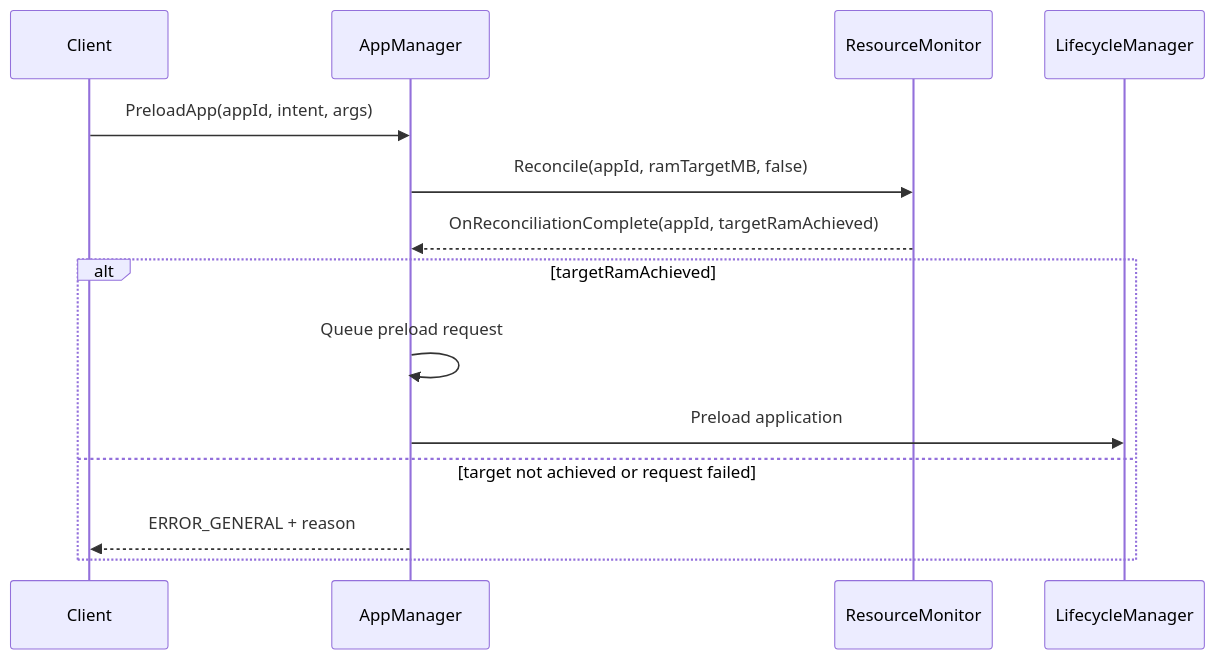
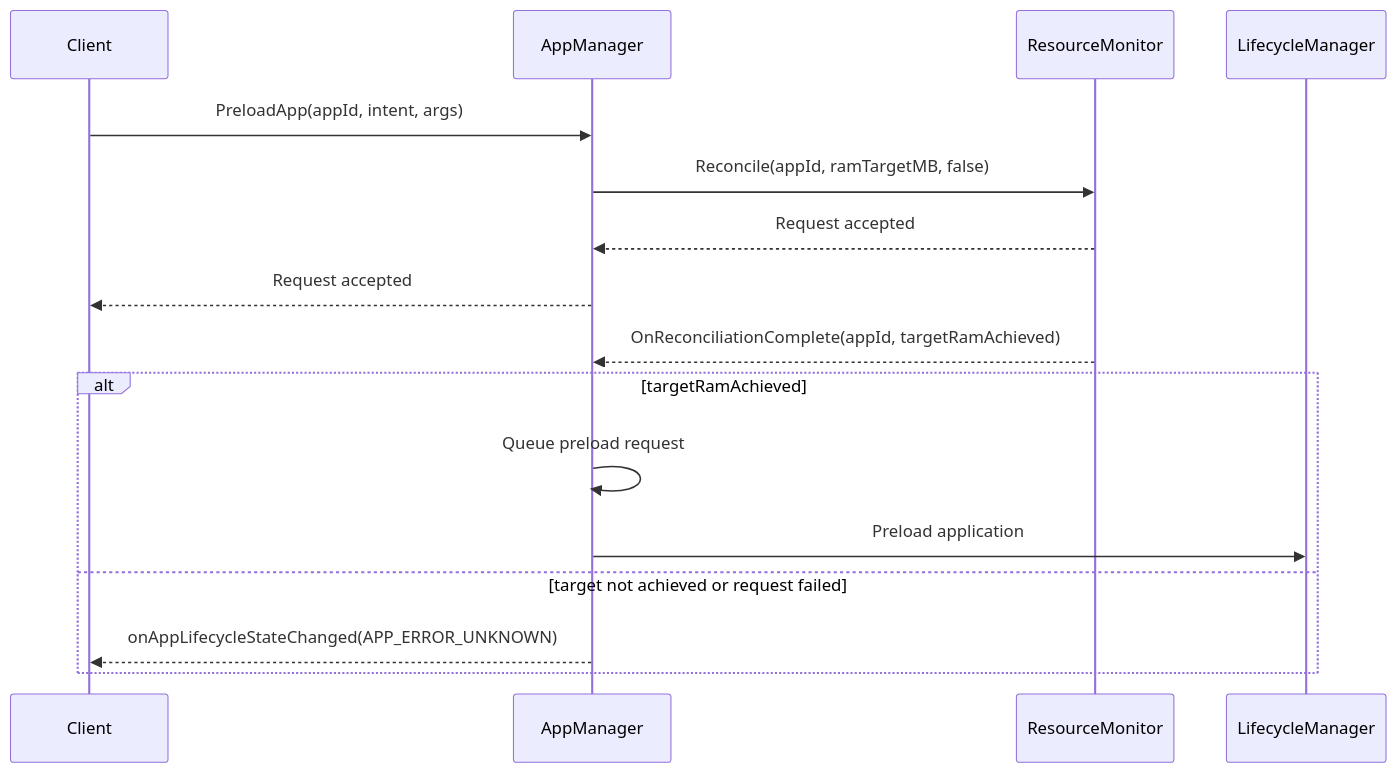
The second of 3 diagrams in AppManager/ResourceMonitoring.md (rdkcentral/entservices-appmanagers), drawn with Mermaid before and after one commit. The commit also changed other lines of this file and 3 other files, not shown here.

````diff
--- a/AppManager/ResourceMonitoring.md
+++ b/AppManager/ResourceMonitoring.md
@@ -110,17 +113,19 @@
 ```mermaid
 sequenceDiagram
     participant Client
     participant AM as AppManager
     participant RM as ResourceMonitor
     participant LM as LifecycleManager
 
     Client->>AM: PreloadApp(appId, intent, args)
     AM->>RM: Reconcile(appId, ramTargetMB, false)
+    RM-->>AM: Request accepted
+    AM-->>Client: Request accepted
     RM-->>AM: OnReconciliationComplete(appId, targetRamAchieved)
     alt targetRamAchieved
         AM->>AM: Queue preload request
         AM->>LM: Preload application
     else target not achieved or request failed
-        AM-->>Client: ERROR_GENERAL + reason
+      AM-->>Client: onAppLifecycleStateChanged(APP_ERROR_UNKNOWN)
     end
 ```
````
